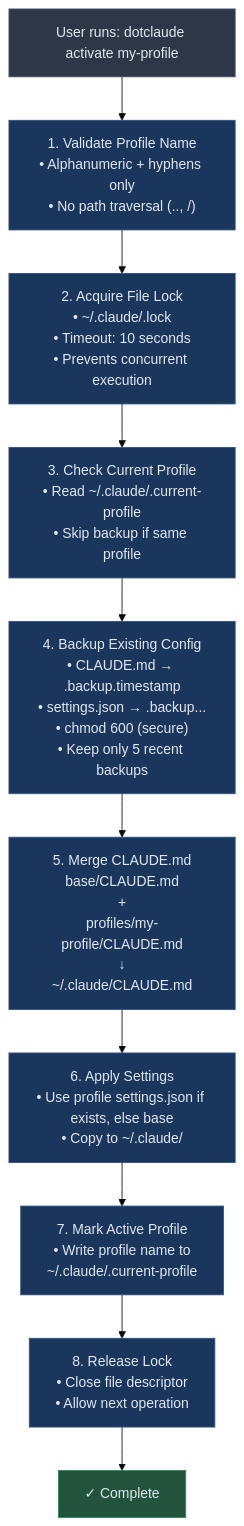
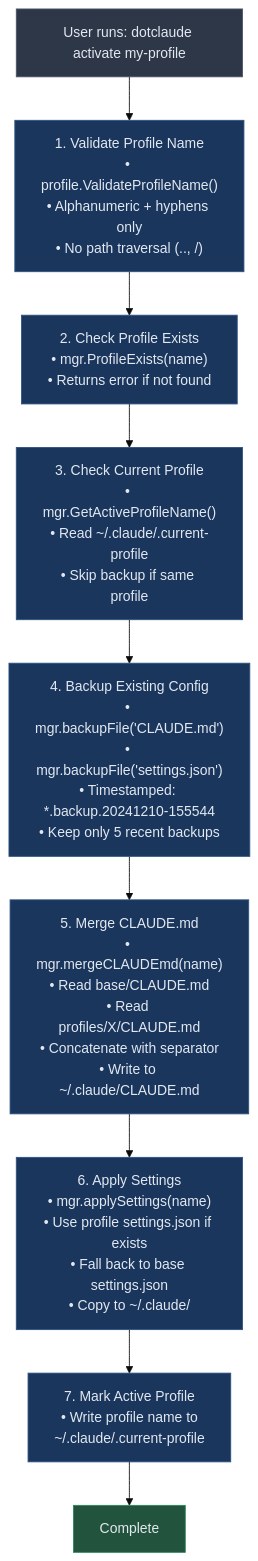
Before and after one commit to blackwell-systems/dotclaude: the second of 5 diagrams in docs/ARCHITECTURE.md, drawn with Mermaid (base theme). The commit also changed other lines of this file, not shown here.

First line of the commit message:
docs: Rewrite ARCHITECTURE.md for Go migration

````diff
--- a/docs/ARCHITECTURE.md
+++ b/docs/ARCHITECTURE.md
@@ -47,27 +116,25 @@
 ```mermaid
 flowchart TD
     start["User runs: dotclaude activate my-profile"]
 
-    step1["1. Validate Profile Name<br/>• Alphanumeric + hyphens only<br/>• No path traversal (.., /)"]
-    step2["2. Acquire File Lock<br/>• ~/.claude/.lock<br/>• Timeout: 10 seconds<br/>• Prevents concurrent execution"]
-    step3["3. Check Current Profile<br/>• Read ~/.claude/.current-profile<br/>• Skip backup if same profile"]
-    step4["4. Backup Existing Config<br/>• CLAUDE.md → .backup.timestamp<br/>• settings.json → .backup...<br/>• chmod 600 (secure)<br/>• Keep only 5 recent backups"]
-    step5["5. Merge CLAUDE.md<br/>base/CLAUDE.md<br/>+<br/>profiles/my-profile/CLAUDE.md<br/>↓<br/>~/.claude/CLAUDE.md"]
-    step6["6. Apply Settings<br/>• Use profile settings.json if exists, else base<br/>• Copy to ~/.claude/"]
+    step1["1. Validate Profile Name<br/>• profile.ValidateProfileName()<br/>• Alphanumeric + hyphens only<br/>• No path traversal (.., /)"]
+    step2["2. Check Profile Exists<br/>• mgr.ProfileExists(name)<br/>• Returns error if not found"]
+    step3["3. Check Current Profile<br/>• mgr.GetActiveProfileName()<br/>• Read ~/.claude/.current-profile<br/>• Skip backup if same profile"]
+    step4["4. Backup Existing Config<br/>• mgr.backupFile('CLAUDE.md')<br/>• mgr.backupFile('settings.json')<br/>• Timestamped: *.backup.20241210-155544<br/>• Keep only 5 recent backups"]
+    step5["5. Merge CLAUDE.md<br/>• mgr.mergeCLAUDEmd(name)<br/>• Read base/CLAUDE.md<br/>• Read profiles/X/CLAUDE.md<br/>• Concatenate with separator<br/>• Write to ~/.claude/CLAUDE.md"]
+    step6["6. Apply Settings<br/>• mgr.applySettings(name)<br/>• Use profile settings.json if exists<br/>• Fall back to base settings.json<br/>• Copy to ~/.claude/"]
     step7["7. Mark Active Profile<br/>• Write profile name to<br/>~/.claude/.current-profile"]
-    step8["8. Release Lock<br/>• Close file descriptor<br/>• Allow next operation"]
-    complete["✓ Complete"]
+    complete["Complete"]
 
-    start --> step1 --> step2 --> step3 --> step4 --> step5 --> step6 --> step7 --> step8 --> complete
+    start --> step1 --> step2 --> step3 --> step4 --> step5 --> step6 --> step7 --> complete
 
     style start fill:#2d3748,stroke:#4a5568,color:#e2e8f0
     style step1 fill:#1a365d,stroke:#2c5282,color:#e2e8f0
     style step2 fill:#1a365d,stroke:#2c5282,color:#e2e8f0
     style step3 fill:#1a365d,stroke:#2c5282,color:#e2e8f0
     style step4 fill:#1a365d,stroke:#2c5282,color:#e2e8f0
     style step5 fill:#1a365d,stroke:#2c5282,color:#e2e8f0
     style step6 fill:#1a365d,stroke:#2c5282,color:#e2e8f0
     style step7 fill:#1a365d,stroke:#2c5282,color:#e2e8f0
-    style step8 fill:#1a365d,stroke:#2c5282,color:#e2e8f0
     style complete fill:#22543d,stroke:#2f855a,color:#e2e8f0
 ```
````
